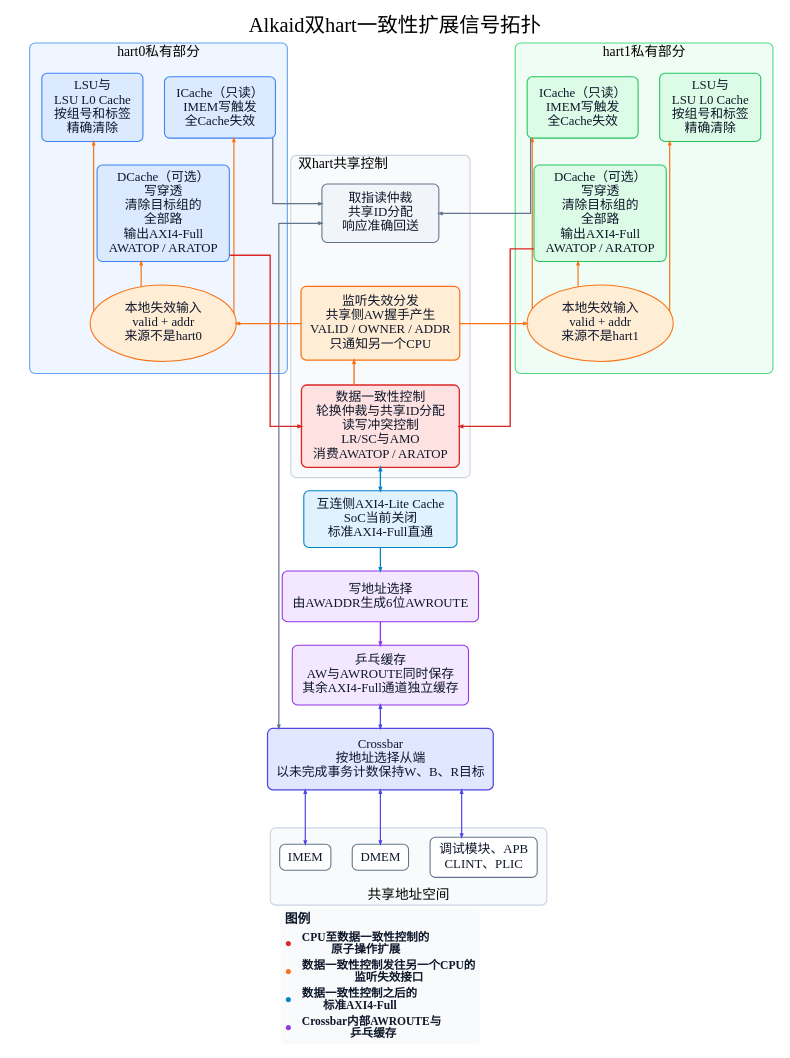
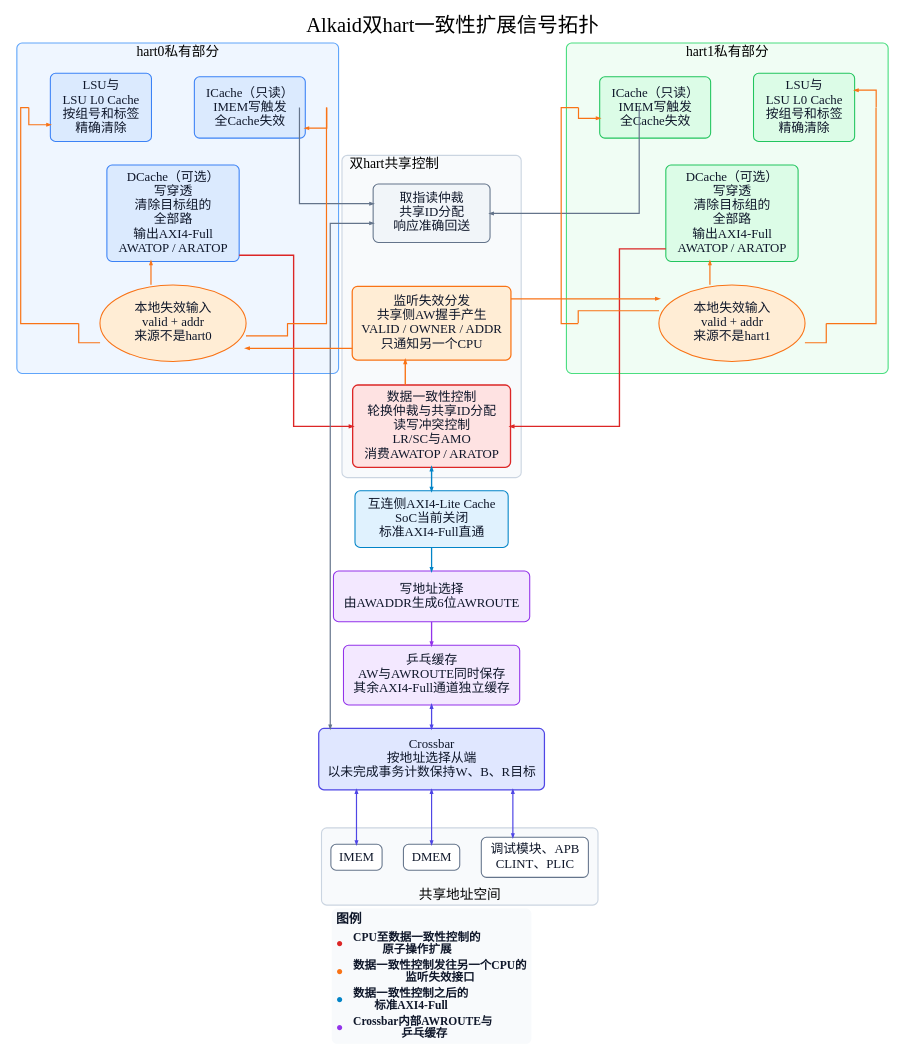
The diagram in RISC-V & CPU/_media/alkaid_multicore/alkaid_coherence_signal_topology.dot (Little-W/Obsidian), drawn with Graphviz before and after one commit. The commit also changed 2 other files, not shown here.

```diff
--- a/RISC-V & CPU/_media/alkaid_multicore/alkaid_coherence_signal_topology.dot
+++ b/RISC-V & CPU/_media/alkaid_multicore/alkaid_coherence_signal_topology.dot
@@ -52,7 +52,7 @@
         c0_snoop [
             label="本地失效输入\nvalid + addr\n来源不是hart0",
             shape=ellipse,
-            group="hart0_outer",
+            group="hart0_middle",
             width=3.70,
             height=1.42,
             fillcolor="#FFEDD5",
@@ -63,7 +63,7 @@
             label="LSU与\nLSU L0 Cache\n按组号和标签\n精确清除",
             width=2.90,
             height=2.00,
-            group="hart0_outer",
+            group="c0_left_cache",
             fillcolor="#DBEAFE",
             color="#3B82F6"
         ];
@@ -71,7 +71,7 @@
             label="DCache（可选）\n写穿透\n清除目标组的\n全部路\n输出AXI4-Full\nAWATOP / ARATOP",
             width=3.35,
             height=2.55,
-            group="hart0_center",
+            group="hart0_middle",
             fillcolor="#DBEAFE",
             color="#3B82F6"
         ];
@@ -79,19 +79,56 @@
             label="ICache（只读）\nIMEM写触发\n全Cache失效",
             width=2.90,
             height=2.00,
+            group="c0_right_cache",
             fillcolor="#DBEAFE",
             color="#3B82F6"
         ];
 
-        { rank=same; c0_l0; c0_ic; }
-        c0_l0 -> c0_ic [style=invis, weight=1000];
-        c0_l0 -> c0_dc [style=invis, weight=200];
-        c0_ic -> c0_dc [style=invis, weight=200];
+        c0_middle [
+            shape=point,
+            label="",
+            group="hart0_middle",
+            width=0.01,
+            height=0.01,
+            fixedsize=true,
+            style=invis
+        ];
+
+        c0_left_top [
+            shape=point, label="", group="c0_left_route",
+            width=0.01, height=0.01, fixedsize=true, style=invis
+        ];
+        c0_left_bottom [
+            shape=point, label="", group="c0_left_route",
+            width=0.01, height=0.01, fixedsize=true, style=invis
+        ];
+        c0_right_top [
+            shape=point, label="", group="c0_right_route",
+            width=0.01, height=0.01, fixedsize=true, style=invis
+        ];
+        c0_right_bottom [
+            shape=point, label="", group="c0_right_route",
+            width=0.01, height=0.01, fixedsize=true, style=invis
+        ];
+
+        { rank=same; c0_left_top; c0_l0; c0_middle; c0_ic; c0_right_top; }
+        c0_left_top -> c0_l0 [style=invis, weight=1000];
+        c0_l0 -> c0_middle [style=invis, weight=1000];
+        c0_middle -> c0_ic [style=invis, weight=1000];
+        c0_ic -> c0_right_top [style=invis, weight=1000];
+        c0_middle -> c0_dc [style=invis, weight=3000];
         c0_dc -> c0_snoop [style=invis, weight=500];
+        { rank=same; c0_left_bottom; c0_snoop; c0_right_bottom; }
+        c0_left_bottom -> c0_snoop [style=invis, weight=1000];
+        c0_snoop -> c0_right_bottom [style=invis, weight=1000];
 
-        c0_snoop -> c0_l0 [color="#F97316", constraint=false];
-        c0_snoop -> c0_dc [color="#F97316", constraint=false];
-        c0_snoop -> c0_ic [color="#F97316", constraint=false];
+        c0_left_bottom -> c0_snoop:w [color="#F97316", dir=none, constraint=false];
+        c0_left_top -> c0_left_bottom [color="#F97316", dir=none, constraint=false];
+        c0_left_top -> c0_l0:w [color="#F97316", constraint=false];
+        c0_snoop:n -> c0_dc:s [color="#F97316", constraint=false];
+        c0_snoop:e -> c0_right_bottom [color="#F97316", dir=none, constraint=false];
+        c0_right_top -> c0_right_bottom [color="#F97316", dir=none, constraint=false];
+        c0_ic:e -> c0_right_top [color="#F97316", dir=back, arrowhead=none, arrowtail=normal, constraint=false];
     }
 
     subgraph cluster_hart1 {
@@ -107,7 +144,7 @@
         c1_snoop [
             label="本地失效输入\nvalid + addr\n来源不是hart1",
             shape=ellipse,
-            group="hart1_outer",
+            group="hart1_middle",
             width=3.70,
             height=1.42,
             fillcolor="#FFEDD5",
@@ -118,6 +155,7 @@
             label="ICache（只读）\nIMEM写触发\n全Cache失效",
             width=2.90,
             height=2.00,
+            group="c1_left_cache",
             fillcolor="#DCFCE7",
             color="#22C55E"
         ];
@@ -125,7 +163,7 @@
             label="DCache（可选）\n写穿透\n清除目标组的\n全部路\n输出AXI4-Full\nAWATOP / ARATOP",
             width=3.35,
             height=2.55,
-            group="hart1_center",
+            group="hart1_middle",
             fillcolor="#DCFCE7",
             color="#22C55E"
         ];
@@ -133,20 +171,56 @@
             label="LSU与\nLSU L0 Cache\n按组号和标签\n精确清除",
             width=2.90,
             height=2.00,
-            group="hart1_outer",
+            group="c1_right_cache",
             fillcolor="#DCFCE7",
             color="#22C55E"
         ];
 
-        { rank=same; c1_left_cache; c1_right_cache; }
-        c1_left_cache -> c1_right_cache [style=invis, weight=1000];
-        c1_left_cache -> c1_dc [style=invis, weight=200];
-        c1_right_cache -> c1_dc [style=invis, weight=200];
+        c1_middle [
+            shape=point,
+            label="",
+            group="hart1_middle",
+            width=0.01,
+            height=0.01,
+            fixedsize=true,
+            style=invis
+        ];
+
+        c1_left_top [
+            shape=point, label="", group="c1_left_route",
+            width=0.01, height=0.01, fixedsize=true, style=invis
+        ];
+        c1_left_bottom [
+            shape=point, label="", group="c1_left_route",
+            width=0.01, height=0.01, fixedsize=true, style=invis
+        ];
+        c1_right_top [
+            shape=point, label="", group="c1_right_route",
+            width=0.01, height=0.01, fixedsize=true, style=invis
+        ];
+        c1_right_bottom [
+            shape=point, label="", group="c1_right_route",
+            width=0.01, height=0.01, fixedsize=true, style=invis
+        ];
+
+        { rank=same; c1_left_top; c1_left_cache; c1_middle; c1_right_cache; c1_right_top; }
+        c1_left_top -> c1_left_cache [style=invis, weight=1000];
+        c1_left_cache -> c1_middle [style=invis, weight=1000];
+        c1_middle -> c1_right_cache [style=invis, weight=1000];
+        c1_right_cache -> c1_right_top [style=invis, weight=1000];
+        c1_middle -> c1_dc [style=invis, weight=3000];
         c1_dc -> c1_snoop [style=invis, weight=500];
+        { rank=same; c1_left_bottom; c1_snoop; c1_right_bottom; }
+        c1_left_bottom -> c1_snoop [style=invis, weight=1000];
+        c1_snoop -> c1_right_bottom [style=invis, weight=1000];
 
-        c1_snoop -> c1_left_cache [color="#F97316", constraint=false];
-        c1_snoop -> c1_dc [color="#F97316", constraint=false];
-        c1_snoop -> c1_right_cache [color="#F97316", constraint=false];
+        c1_left_bottom -> c1_snoop:w [color="#F97316", dir=none, constraint=false];
+        c1_left_top -> c1_left_bottom [color="#F97316", dir=none, constraint=false];
+        c1_left_top -> c1_left_cache:w [color="#F97316", constraint=false];
+        c1_snoop:n -> c1_dc:s [color="#F97316", constraint=false];
+        c1_snoop:e -> c1_right_bottom [color="#F97316", dir=none, constraint=false];
+        c1_right_top -> c1_right_bottom [color="#F97316", dir=none, constraint=false];
+        c1_right_cache:e -> c1_right_top [color="#F97316", dir=back, arrowhead=none, arrowtail=normal, constraint=false];
     }
 
     subgraph cluster_control {
@@ -275,13 +349,13 @@
         { rank=same; imem; dmem; mmio; }
     }
 
-    c0_dc -> cm [color="#DC2626", penwidth=3.2, weight=0];
-    c1_dc -> cm [color="#DC2626", penwidth=3.2, weight=0];
-    c0_ic -> iarb [color="#64748B", weight=0];
-    c1_left_cache -> iarb [color="#64748B", weight=0];
+    c0_dc:e -> cm:w [color="#DC2626", penwidth=3.2, weight=0];
+    c1_dc:w -> cm:e [color="#DC2626", penwidth=3.2, weight=0];
+    c0_ic:e -> iarb:w [color="#64748B", weight=0];
+    c1_left_cache:w -> iarb:e [color="#64748B", weight=0];
 
-    snoop_router -> c0_snoop [color="#F97316", penwidth=3.0, constraint=false];
-    snoop_router -> c1_snoop [color="#F97316", penwidth=3.0, constraint=false];
+    snoop_router:w -> c0_snoop:e [color="#F97316", penwidth=3.0, constraint=false];
+    snoop_router:e -> c1_snoop:w [color="#F97316", penwidth=3.0, constraint=false];
 
     cm -> shared_cache [
         dir=both,
@@ -329,13 +403,23 @@
         minlen=2
     ];
 
-    { rank=same; c0_l0; c0_ic; c1_left_cache; c1_right_cache; }
-    c0_l0 -> c0_ic [style=invis, weight=10000];
-    c0_ic -> c1_left_cache [style=invis, weight=10000];
-    c1_left_cache -> c1_right_cache [style=invis, weight=10000];
+    { rank=same; c0_left_top; c0_l0; c0_middle; c0_ic; c0_right_top; c1_left_top; c1_left_cache; c1_middle; c1_right_cache; c1_right_top; }
+    c0_left_top -> c0_l0 [style=invis, weight=10000];
+    c0_l0 -> c0_middle [style=invis, weight=10000];
+    c0_middle -> c0_ic [style=invis, weight=10000];
+    c0_ic -> c0_right_top [style=invis, weight=10000];
+    c0_right_top -> c1_left_top [style=invis, weight=10000];
+    c1_left_top -> c1_left_cache [style=invis, weight=10000];
+    c1_left_cache -> c1_middle [style=invis, weight=10000];
+    c1_middle -> c1_right_cache [style=invis, weight=10000];
+    c1_right_cache -> c1_right_top [style=invis, weight=10000];
 
-    { rank=same; c0_snoop; c1_snoop; }
-    c0_snoop -> c1_snoop [style=invis, weight=10000];
+    { rank=same; c0_left_bottom; c0_snoop; c0_right_bottom; c1_left_bottom; c1_snoop; c1_right_bottom; }
+    c0_left_bottom -> c0_snoop [style=invis, weight=10000];
+    c0_snoop -> c0_right_bottom [style=invis, weight=10000];
+    c0_right_bottom -> c1_left_bottom [style=invis, weight=10000];
+    c1_left_bottom -> c1_snoop [style=invis, weight=10000];
+    c1_snoop -> c1_right_bottom [style=invis, weight=10000];
 
     dmem -> legend [style=invis, weight=500];
     { rank=same; legend; legend_spacer; }
```
